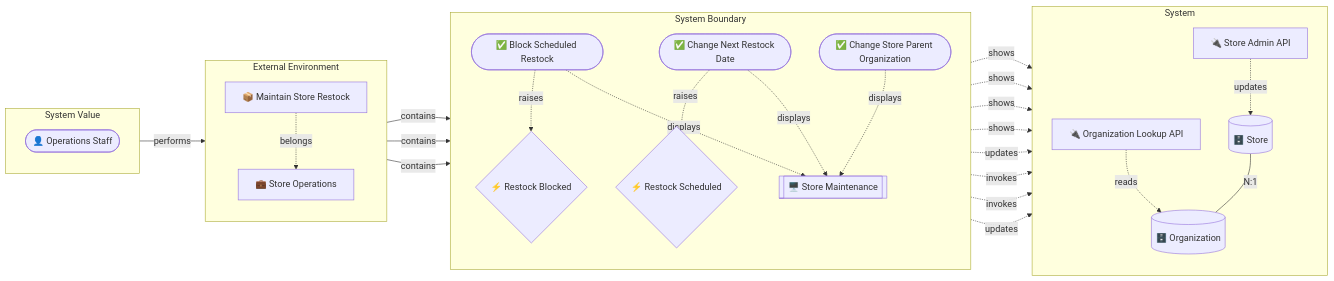
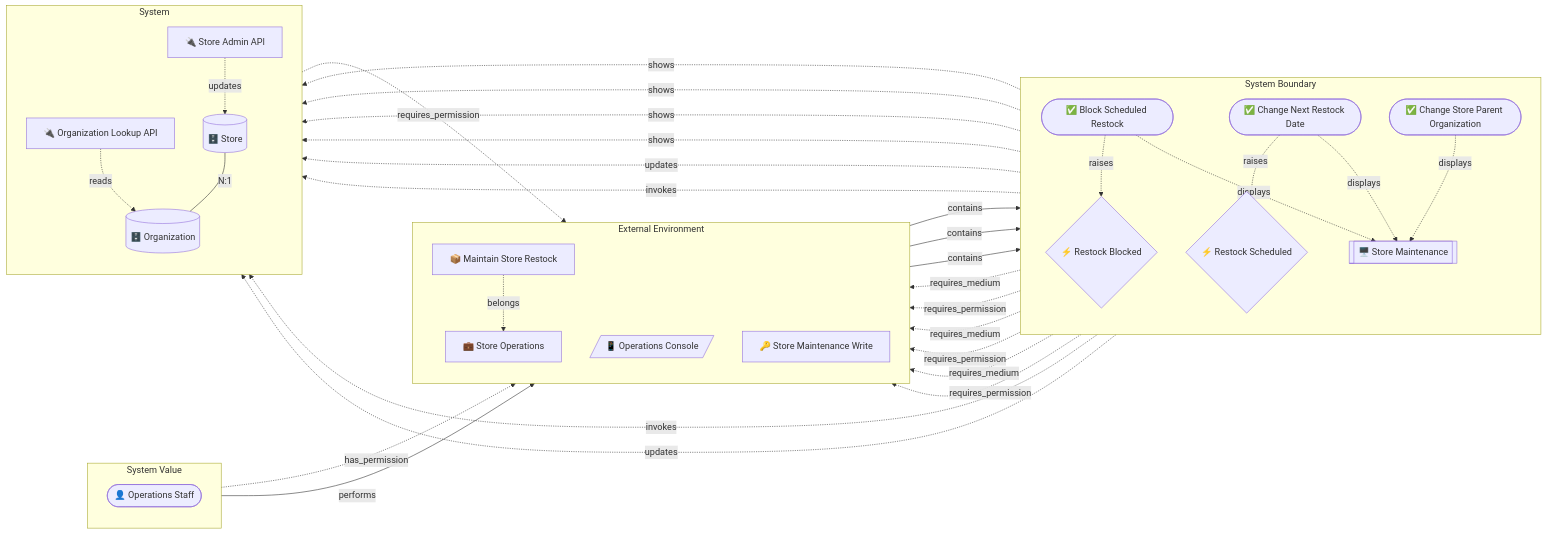
One commit to manji-0/rdra-ish-dsl changed the diagram in samples/incremental-order/step-5-lifecycle/out/object_graph_buc_store_restock.mmd. Above: the diagram before and after it, drawn with Mermaid. The commit also changed 79 other files, not shown here.

```diff
--- a/samples/incremental-order/step-5-lifecycle/out/object_graph_buc_store_restock.mmd
+++ b/samples/incremental-order/step-5-lifecycle/out/object_graph_buc_store_restock.mmd
@@ -1,47 +1,57 @@
 flowchart LR
   subgraph layer_value[System Value]
     direction TB
     OpsStaff(["👤 Operations Staff"])
   end
   subgraph layer_environment[External Environment]
     direction TB
     StoreOperations["💼 Store Operations"]
     BucStoreRestock["📦 Maintain Store Restock"]
+    OpsConsole[/"📱 Operations Console"/]
+    StoreMaintenanceWrite["🔑 Store Maintenance Write"]
   end
   subgraph layer_boundary[System Boundary]
     direction TB
     BlockScheduledRestock(["✅ Block Scheduled Restock"])
     ChangeNextRestockDate(["✅ Change Next Restock Date"])
     ChangeStoreParentOrganization(["✅ Change Store Parent Organization"])
     StoreMaintenanceScreen[["🖥️ Store Maintenance"]]
     RestockBlocked{"⚡ Restock Blocked"}
     RestockScheduled{"⚡ Restock Scheduled"}
   end
   subgraph layer_system[System]
     direction TB
     OrganizationLookupApi["🔌 Organization Lookup API"]
     StoreAdminApi["🔌 Store Admin API"]
     Organization[("🗄️ Organization")]
     Store[("🗄️ Store")]
   end
+  OpsStaff -.->|has_permission| StoreMaintenanceWrite
   OpsStaff -->|performs| BucStoreRestock
+  StoreAdminApi -.->|requires_permission| StoreMaintenanceWrite
   StoreAdminApi -.->|updates| Store
   OrganizationLookupApi -.->|reads| Organization
   BucStoreRestock -.->|belongs| StoreOperations
   BucStoreRestock -->|contains| ChangeNextRestockDate
   BucStoreRestock -->|contains| ChangeStoreParentOrganization
   BucStoreRestock -->|contains| BlockScheduledRestock
   Store ---|N:1| Organization
   StoreMaintenanceScreen -.->|shows| Store
   StoreMaintenanceScreen -.->|shows| Store
   StoreMaintenanceScreen -.->|shows| Store
   StoreMaintenanceScreen -.->|shows| Organization
   ChangeNextRestockDate -.->|displays| StoreMaintenanceScreen
   ChangeNextRestockDate -.->|raises| RestockScheduled
+  ChangeNextRestockDate -.->|requires_medium| OpsConsole
+  ChangeNextRestockDate -.->|requires_permission| StoreMaintenanceWrite
   ChangeNextRestockDate -.->|updates| Store
   ChangeStoreParentOrganization -.->|displays| StoreMaintenanceScreen
   ChangeStoreParentOrganization -.->|invokes| StoreAdminApi
   ChangeStoreParentOrganization -.->|invokes| OrganizationLookupApi
+  ChangeStoreParentOrganization -.->|requires_medium| OpsConsole
+  ChangeStoreParentOrganization -.->|requires_permission| StoreMaintenanceWrite
   BlockScheduledRestock -.->|displays| StoreMaintenanceScreen
   BlockScheduledRestock -.->|raises| RestockBlocked
+  BlockScheduledRestock -.->|requires_medium| OpsConsole
+  BlockScheduledRestock -.->|requires_permission| StoreMaintenanceWrite
   BlockScheduledRestock -.->|updates| Store
```
